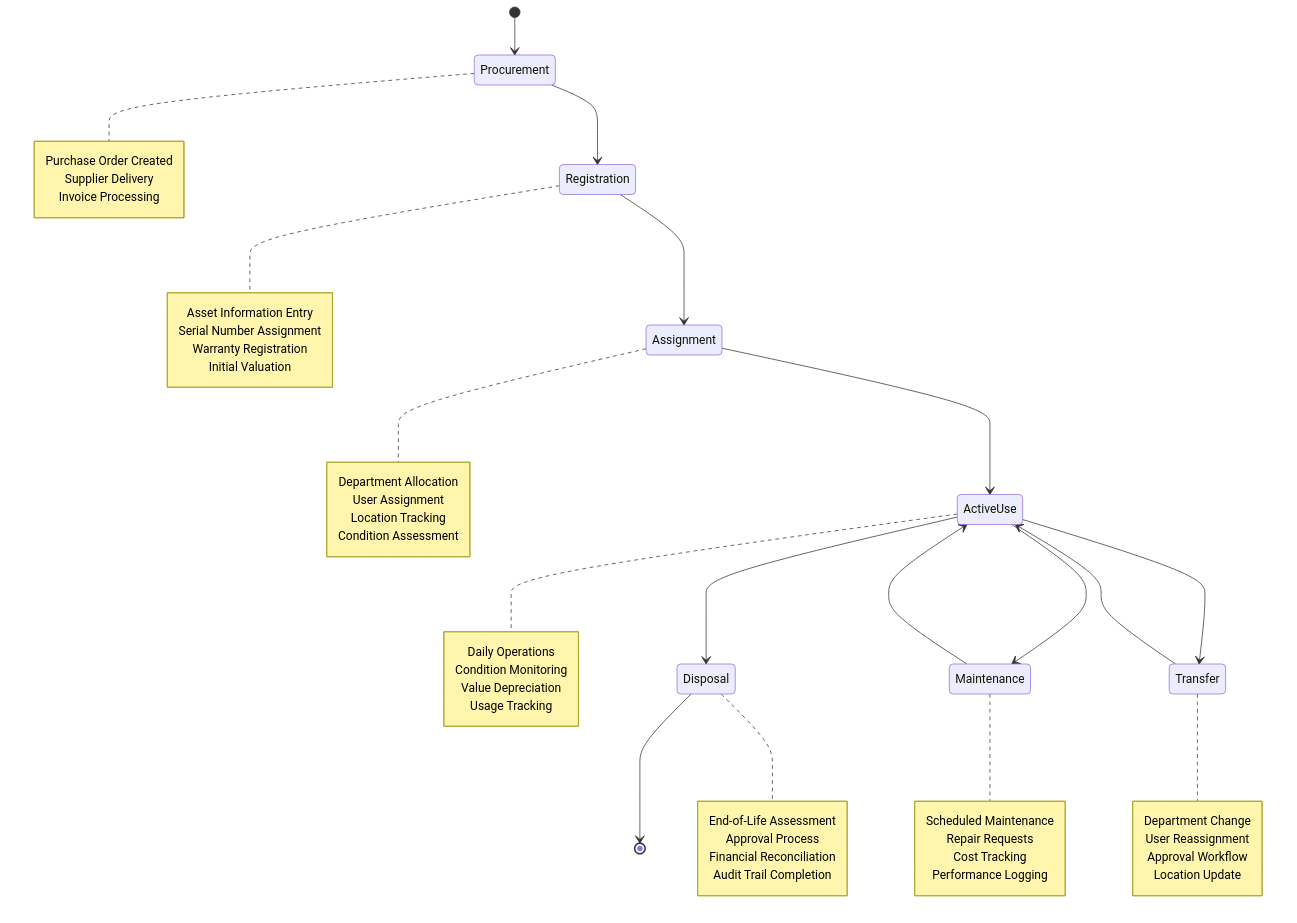
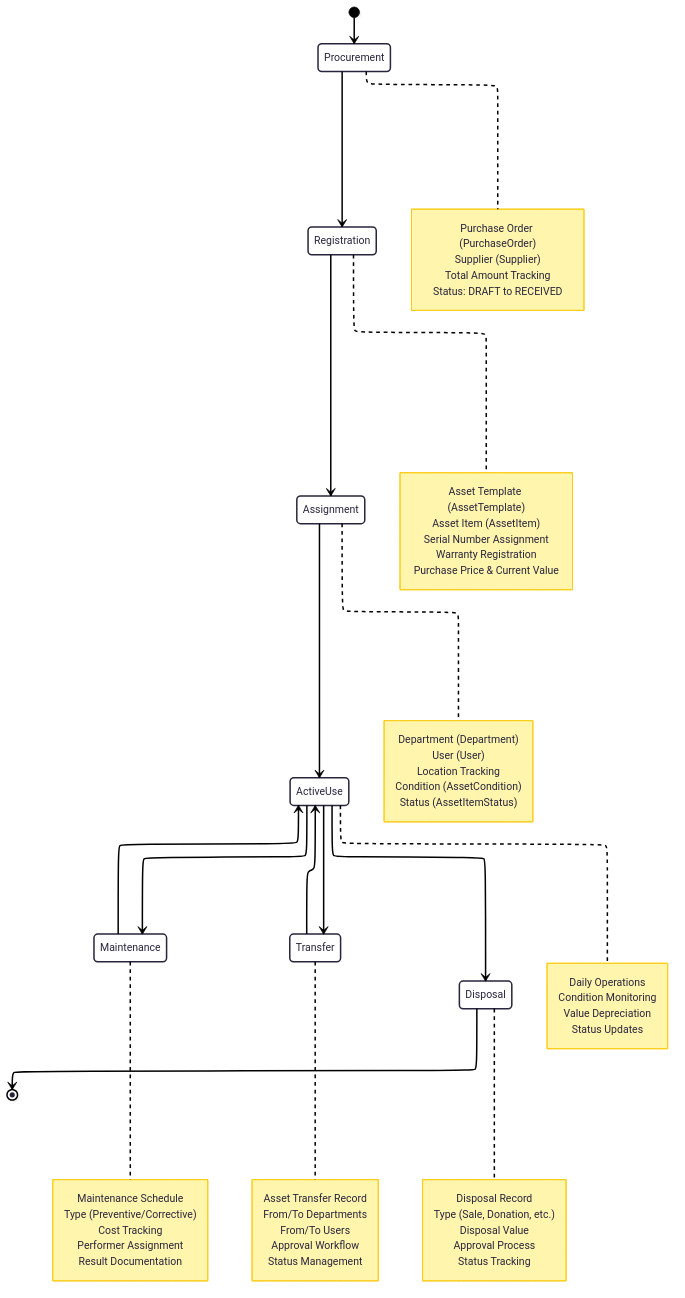
The second of 2 diagrams in docs/architecture/01-system-overview.md (philongdanh/asset-manager), drawn with Mermaid before and after one commit. The commit also changed other lines of this file and 9 other files, not shown here.

````diff
--- a/docs/architecture/01-system-overview.md
+++ b/docs/architecture/01-system-overview.md
@@ -181,64 +126,77 @@
 ```mermaid
+---
+config:
+  layout: elk
+  theme: redux
+  themeVariables:
+    fontFamily: EB Garamond
+---
 stateDiagram-v2
     [*] --> Procurement
     Procurement --> Registration
     Registration --> Assignment
     Assignment --> ActiveUse
     
     ActiveUse --> Maintenance
     Maintenance --> ActiveUse
     
     ActiveUse --> Transfer
     Transfer --> ActiveUse
     
     ActiveUse --> Disposal
     Disposal --> [*]
     
     note right of Procurement
-        Purchase Order Created
-        Supplier Delivery
-        Invoice Processing
+        Purchase Order (PurchaseOrder)
+        Supplier (Supplier)
+        Total Amount Tracking
+        Status: DRAFT to RECEIVED
     end note
     
     note right of Registration
-        Asset Information Entry
+        Asset Template (AssetTemplate)
+        Asset Item (AssetItem)
         Serial Number Assignment
         Warranty Registration
-        Initial Valuation
+        Purchase Price & Current Value
     end note
     
     note right of Assignment
-        Department Allocation
-        User Assignment
+        Department (Department)
+        User (User)
         Location Tracking
-        Condition Assessment
+        Condition (AssetCondition)
+        Status (AssetItemStatus)
     end note
     
     note right of ActiveUse
         Daily Operations
         Condition Monitoring
         Value Depreciation
-        Usage Tracking
+        Status Updates
     end note
     
     note right of Maintenance
-        Scheduled Maintenance
-        Repair Requests
+        Maintenance Schedule
+        Type (Preventive/Corrective)
         Cost Tracking
-        Performance Logging
+        Performer Assignment
+        Result Documentation
     end note
     
     note right of Transfer
-        Department Change
-        User Reassignment
+        Asset Transfer Record
+        From/To Departments
+        From/To Users
         Approval Workflow
-        Location Update
+        Status Management
     end note
     
     note right of Disposal
-        End-of-Life Assessment
+        Disposal Record
+        Type (Sale, Donation, etc.)
+        Disposal Value
         Approval Process
-        Financial Reconciliation
-        Audit Trail Completion
+        Status Tracking
     end note
 ```
````
